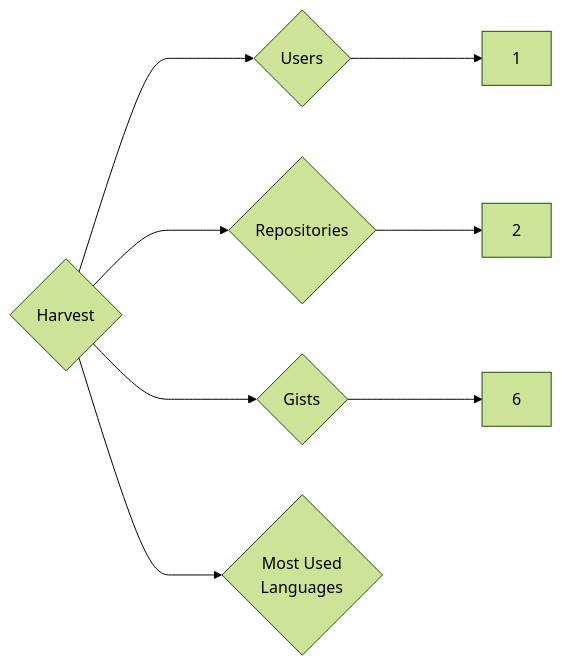
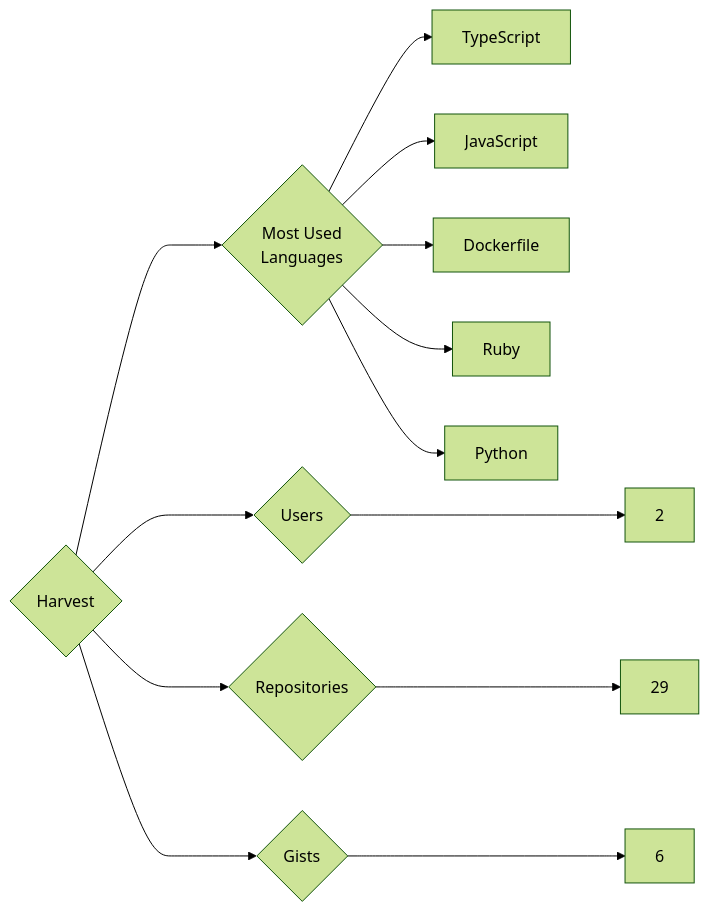
The diagram in targets/Harvest/README.md (trickest/insiders), drawn with Mermaid (forest theme) before and after one commit. The commit also changed 682 other files, not shown here.

````diff
--- a/targets/Harvest/README.md
+++ b/targets/Harvest/README.md
@@ -3,8 +3,13 @@
 ```mermaid
 graph LR
 COMPANY_NAME{Harvest}
-COMPANY_NAME ---> U{Users} ---> UN[1]
-COMPANY_NAME ---> R{Repositories} ---> RN[2]
+COMPANY_NAME ---> U{Users} ---> UN[2]
+COMPANY_NAME ---> R{Repositories} ---> RN[29]
 COMPANY_NAME ---> G{Gists} ---> GN[6]
 COMPANY_NAME ---> ML{Most Used<br>Languages}
+ML --> TypeScript[TypeScript]
+ML --> JavaScript[JavaScript]
+ML --> Dockerfile[Dockerfile]
+ML --> Ruby[Ruby]
+ML --> Python[Python]
 ```
````
